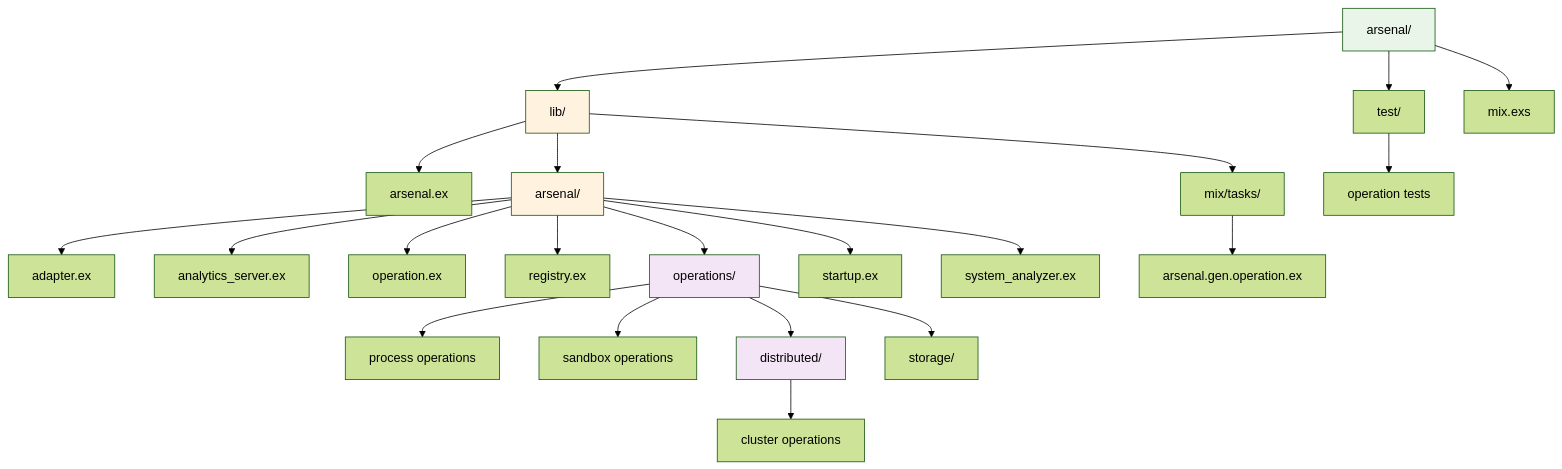
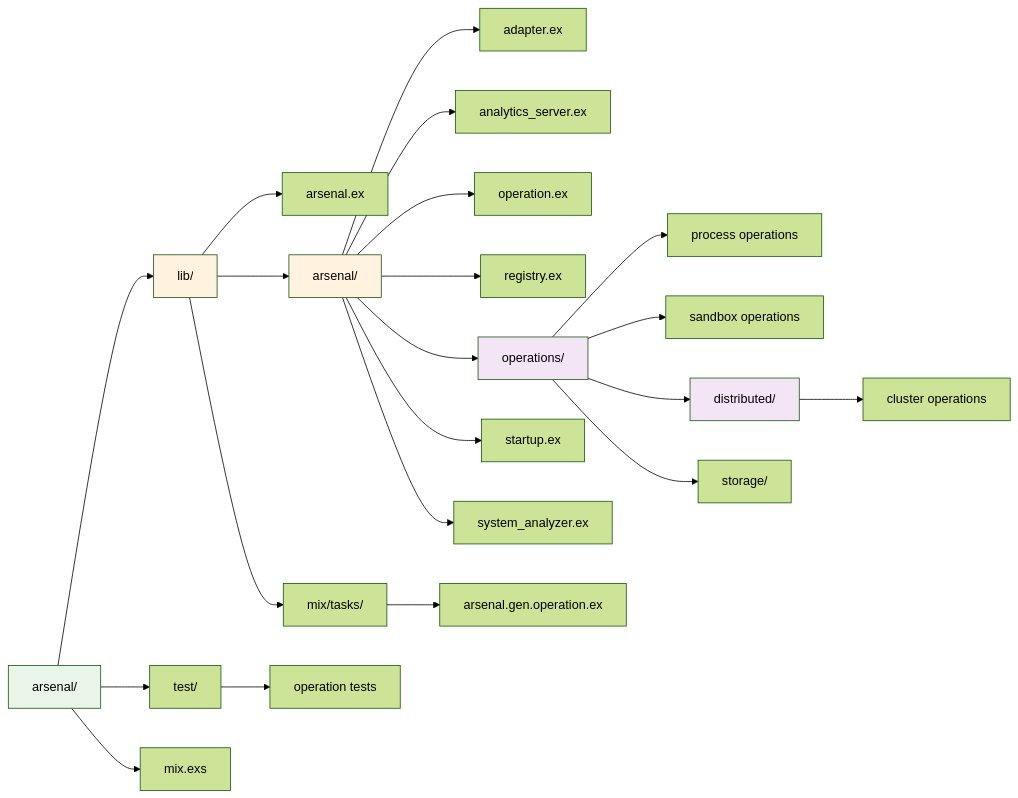
The second of 2 diagrams in README.md (nshkrdotcom/arsenal), drawn with Mermaid (forest theme) before and after one commit.

Commit message:
Proj Structure layout

````diff
--- a/README.md
+++ b/README.md
@@ -579,34 +579,34 @@
 ```mermaid
-flowchart TD
+flowchart LR
     A[arsenal/] --> B[lib/]
     A --> C[test/]
     A --> D[mix.exs]
     
     B --> E[arsenal.ex]
     B --> F[arsenal/]
     B --> G[mix/tasks/]
     
     F --> H[adapter.ex]
     F --> I[analytics_server.ex]
     F --> J[operation.ex]
     F --> K[registry.ex]
     F --> L[operations/]
     F --> M[startup.ex]
     F --> N[system_analyzer.ex]
     
     L --> O[process operations]
     L --> P[sandbox operations]
     L --> Q[distributed/]
     L --> R[storage/]
     
     Q --> S[cluster operations]
     G --> T[arsenal.gen.operation.ex]
     
     C --> U[operation tests]
     
     style A fill:#e8f5e8,color:#000
     style B fill:#fff3e0,color:#000
     style F fill:#fff3e0,color:#000
     style L fill:#f3e5f5,color:#000
     style Q fill:#f3e5f5,color:#000
 ```
````
